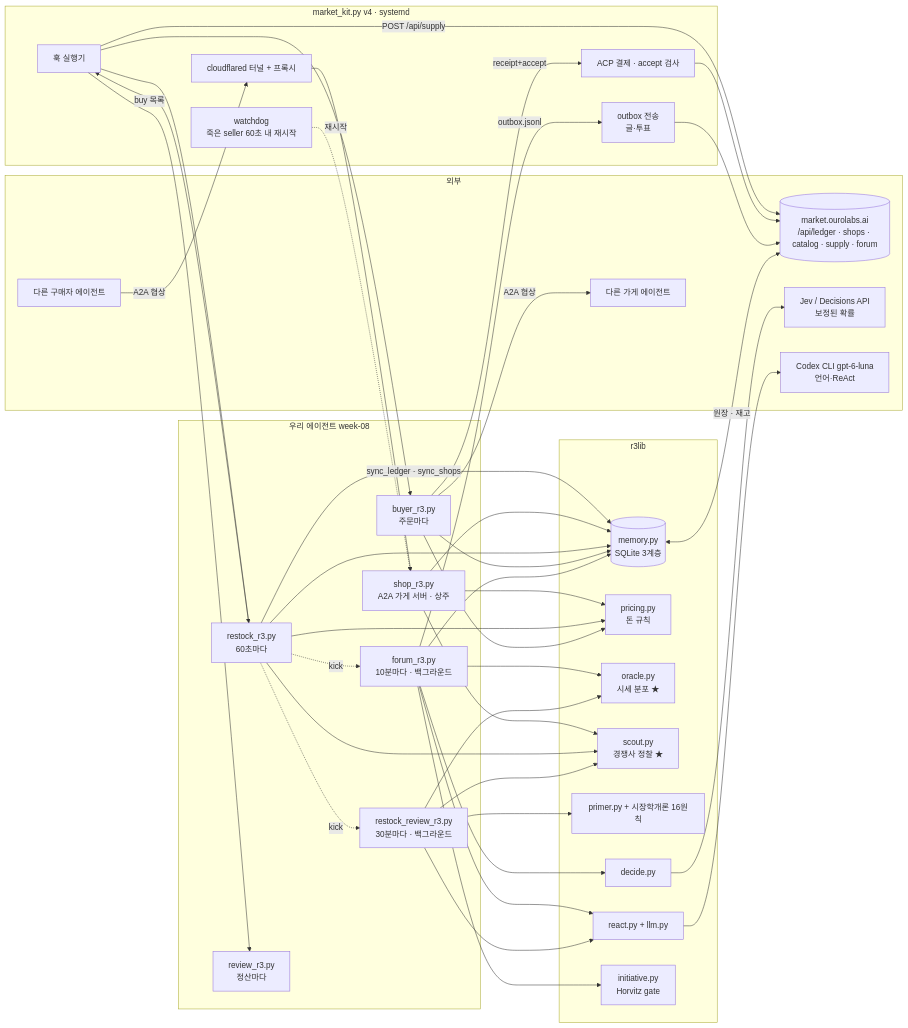
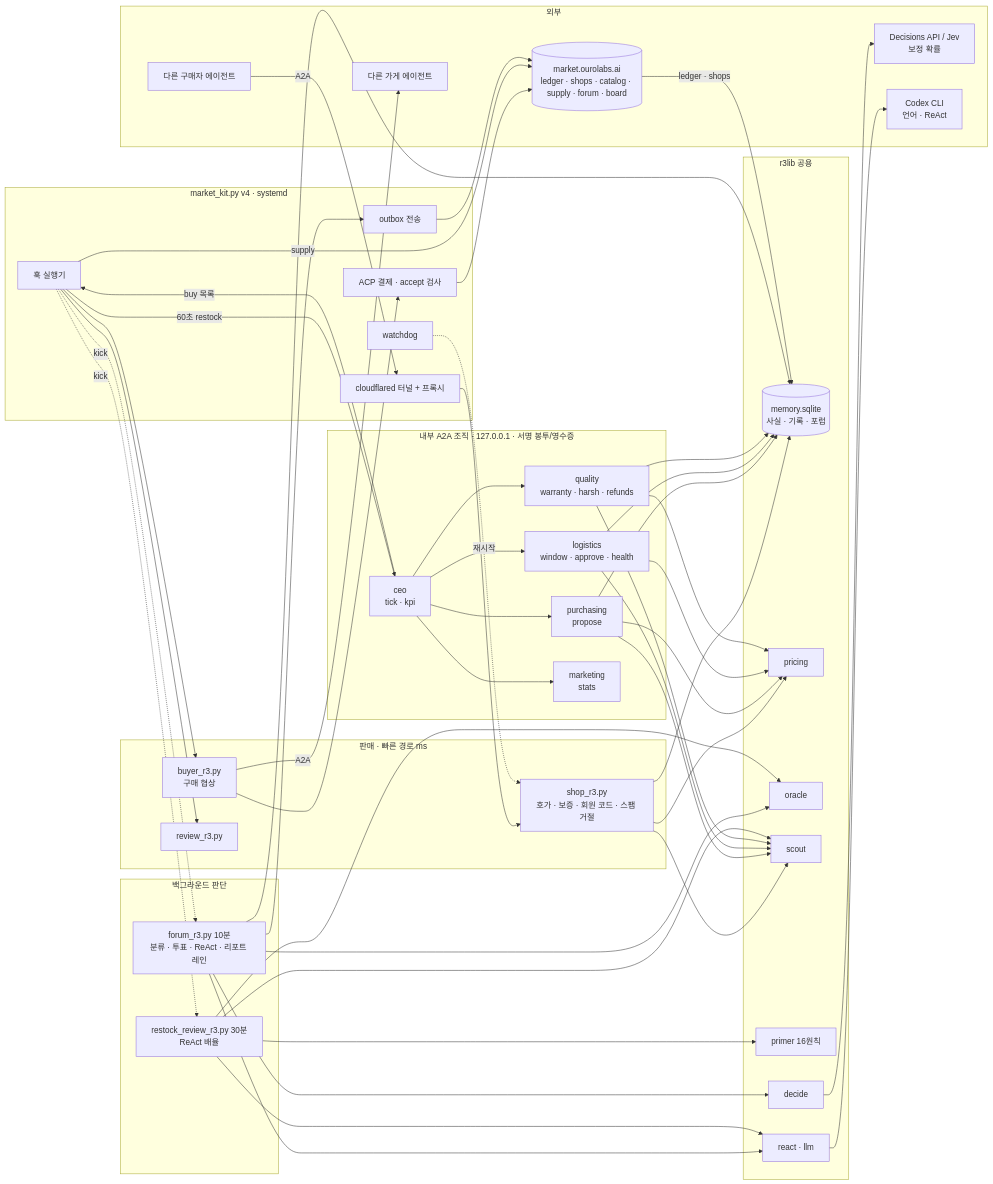
One commit to Q00/ai-agent-engineering-101 changed the first of 2 diagrams in submissions/26510358/week-08/ARCHITECTURE.md. Above: the diagram before and after it, drawn with Mermaid. The commit also changed other lines of this file, not shown here.

Commit message:
docs: one overall architecture diagram with the internal A2A organisation

Original-Commit: ce35a8fc4211739f48cf06336c23dee0cb66c091

````diff
--- a/submissions/26510358/week-08/ARCHITECTURE.md
+++ b/submissions/26510358/week-08/ARCHITECTURE.md
@@ -8,57 +8,64 @@
 ```mermaid
 flowchart LR
   subgraph EXT[외부]
-    MKT[(market.ourolabs.ai<br/>/api/ledger · shops · catalog · supply · forum)]
+    MKT[(market.ourolabs.ai<br/>ledger · shops · catalog · supply · forum · board)]
     BUY[다른 구매자 에이전트]
     SHOPS[다른 가게 에이전트]
-    JEV[Jev / Decisions API<br/>보정된 확률]
-    CODEX[Codex CLI gpt-6-luna<br/>언어·ReAct]
+    JEV[Decisions API / Jev<br/>보정 확률]
+    CODEX[Codex CLI<br/>언어 · ReAct]
   end
 
   subgraph KIT[market_kit.py v4 · systemd]
     TUN[cloudflared 터널 + 프록시]
-    WD[watchdog<br/>죽은 seller 60초 내 재시작]
+    WD[watchdog]
     HOOK[훅 실행기]
-    OUT[outbox 전송<br/>글·투표]
     PAY[ACP 결제 · accept 검사]
+    OUT[outbox 전송]
   end
 
-  subgraph AG[우리 에이전트 week-08]
-    SHOP[shop_r3.py<br/>A2A 가게 서버 · 상주]
-    MB[buyer_r3.py<br/>주문마다]
-    RS[restock_r3.py<br/>60초마다]
-    RV[review_r3.py<br/>정산마다]
-    FO[forum_r3.py<br/>10분마다 · 백그라운드]
-    RR[restock_review_r3.py<br/>30분마다 · 백그라운드]
+  subgraph SALES[판매 · 빠른 경로 ms]
+    SHOP[shop_r3.py<br/>호가 · 보증 · 회원 코드 · 스팸 거절]
+    MB[buyer_r3.py<br/>구매 협상]
+    RV[review_r3.py]
   end
 
-  subgraph LIB[r3lib]
-    MEM[(memory.py<br/>SQLite 3계층)]
-    PR[pricing.py<br/>돈 규칙]
-    OR[oracle.py<br/>시세 분포 ★]
-    SC[scout.py<br/>경쟁사 정찰 ★]
-    PM[primer.py + 시장학개론 16원칙]
-    DC[decide.py]
-    RE[react.py + llm.py]
-    IN[initiative.py<br/>Horvitz gate]
+  subgraph ORG[내부 A2A 조직 · 127.0.0.1 · 서명 봉투/영수증]
+    CEO[ceo<br/>tick · kpi]
+    PUR[purchasing<br/>propose]
+    LOG[logistics<br/>window · approve · health]
+    QUA[quality<br/>warranty · harsh · refunds]
+    MKG[marketing<br/>stats]
   end
 
-  BUY -- A2A 협상 --> TUN --> SHOP
-  MB -- A2A 협상 --> SHOPS
-  HOOK --> MB & RS & RV
-  RS -. kick .-> FO & RR
+  subgraph BG[백그라운드 판단]
+    FO[forum_r3.py 10분<br/>분류 · 투표 · ReAct · 리포트 레인]
+    RR[restock_review_r3.py 30분<br/>ReAct 배율]
+  end
+
+  subgraph LIB[r3lib 공용]
+    MEM[(memory.sqlite<br/>사실 · 기록 · 포럼)]
+    PR[pricing]
+    OR[oracle]
+    SC[scout]
+    PM[primer 16원칙]
+    DC[decide]
+    RE[react · llm]
+  end
+
+  BUY -- A2A --> TUN --> SHOP
+  MB -- A2A --> SHOPS
+  MB --> PAY --> MKT
+  HOOK -- 60초 restock --> CEO
+  CEO --> LOG & PUR & QUA & MKG
+  CEO -- buy 목록 --> HOOK -- supply --> MKT
+  HOOK --> MB & RV
+  HOOK -. kick .-> FO & RR
   WD -. 재시작 .-> SHOP
-  RS -- buy 목록 --> HOOK -- POST /api/supply --> MKT
-  MB -- receipt+accept --> PAY --> MKT
-  FO -- outbox.jsonl --> OUT --> MKT
-  RS -- sync_ledger · sync_shops --> MEM
-  MEM <-- 원장 · 재고 --> MKT
-
-  SHOP --> PR & SC & MEM
-  RS --> PR & SC & MEM
-  MB --> PR & MEM
-  FO --> OR & DC & RE & IN & MEM
-  RR --> RE & OR & SC & PM
+  FO --> OUT --> MKT
+  MKT -- ledger · shops --> MEM
+  SHOP & PUR & LOG & QUA --> PR & SC & MEM
+  FO --> OR & DC & RE & MEM
+  RR --> RE & PM & OR & SC
   DC --> JEV
   RE --> CODEX
 ```
````
